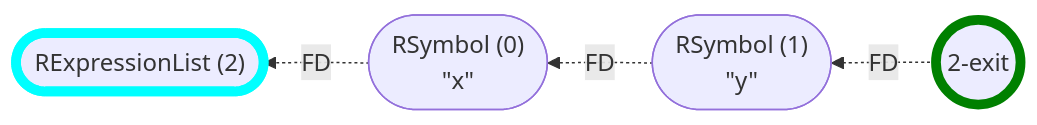
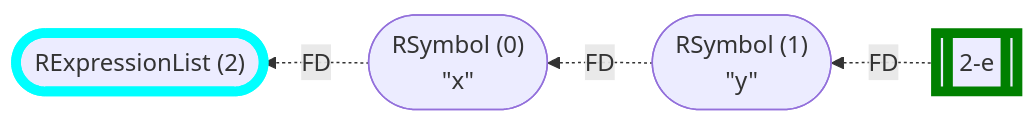
The seventh of 23 diagrams in wiki/Control Flow Graph.md (flowr-analysis/flowr), drawn with Mermaid before and after one commit. The commit also changed other lines of this file and 9 other files, not shown here.

````diff
--- a/wiki/Control Flow Graph.md
+++ b/wiki/Control Flow Graph.md
@@ -589,13 +491,13 @@
 ```mermaid
 flowchart RL
     n2(["`RExpressionList (2)`"])
     n0(["`RSymbol (0)
 #34;x#34;`"])
     n1(["`RSymbol (1)
 #34;y#34;`"])
-    n2-exit((2-exit))
+    n2-e[[2-e]]
     n0 -.->|"FD"| n2
     n1 -.->|"FD"| n0
-    n2-exit -.->|"FD"| n1
-    style n2 stroke:cyan,stroke-width:6.5px;    style n2-exit stroke:green,stroke-width:6.5px;
+    n2-e -.->|"FD"| n1
+    style n2 stroke:cyan,stroke-width:6.5px;    style n2-e stroke:green,stroke-width:6.5px;
 ```
````
